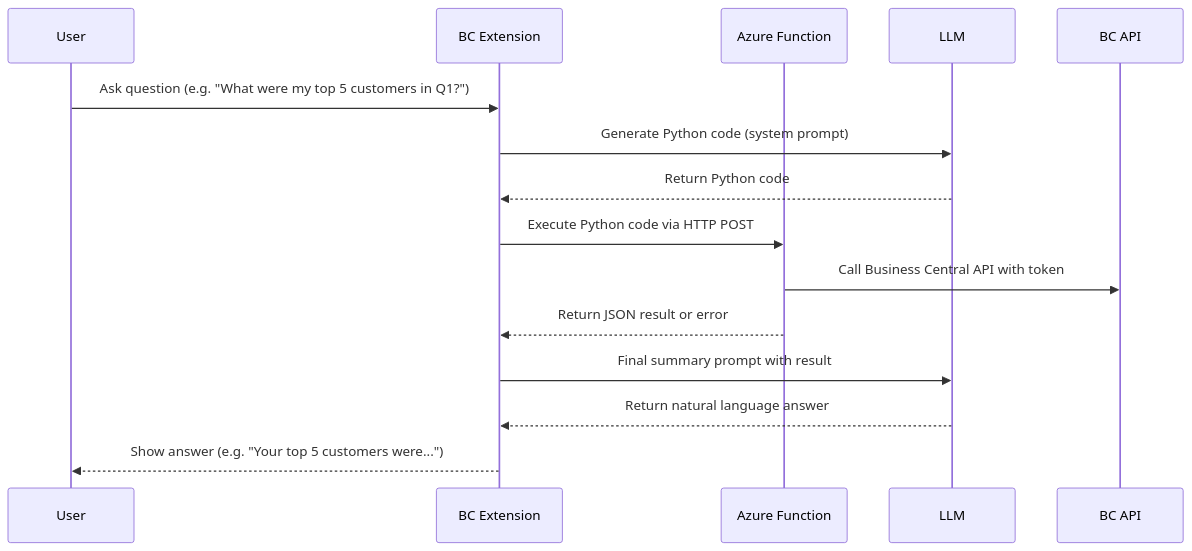
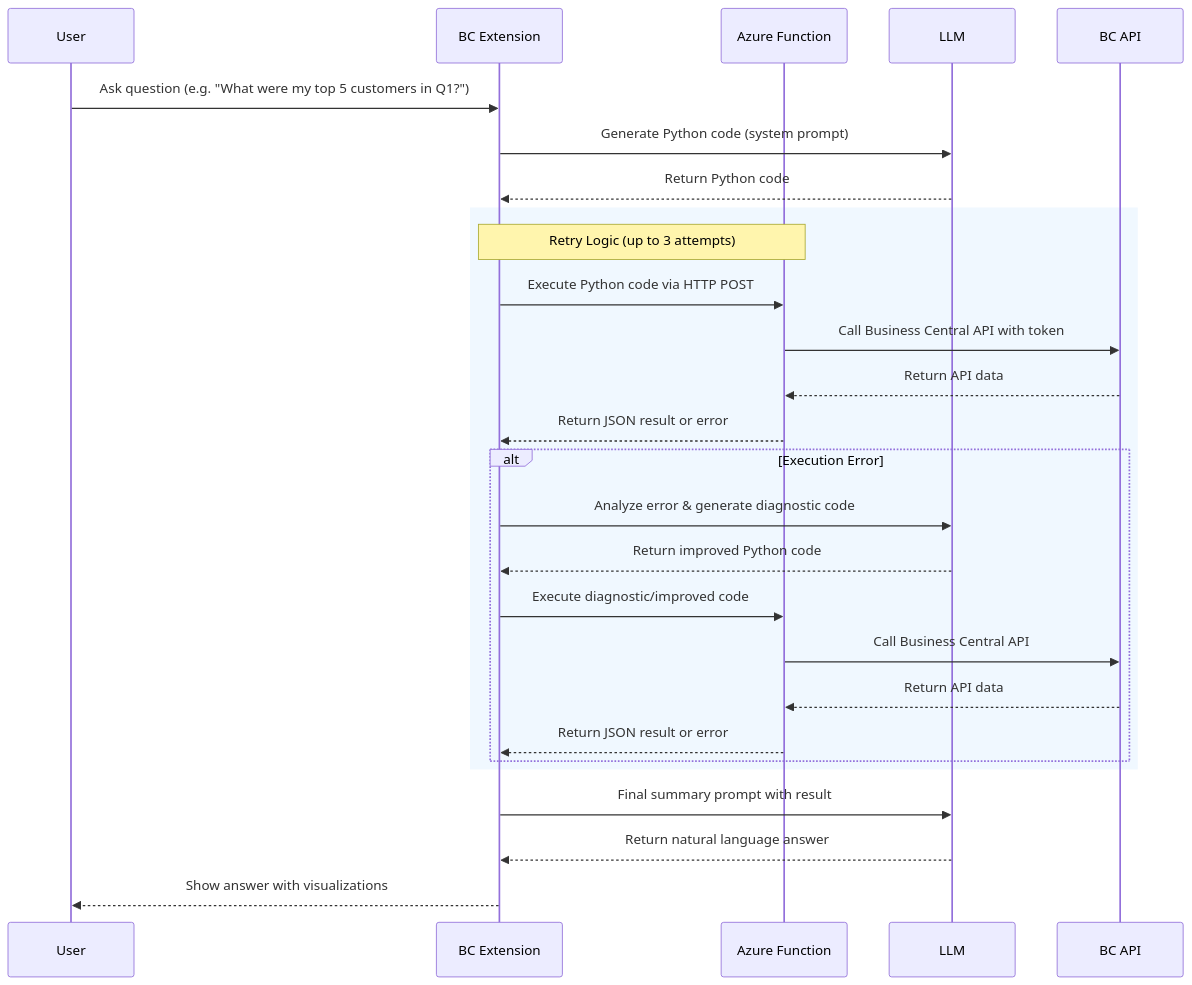
Before and after one commit to DmitryKatson/bc-code-interpreter: the diagram in README.md, drawn with Mermaid. The commit also changed other lines of this file, not shown here.

````diff
--- a/README.md
+++ b/README.md
@@ -23,17 +23,33 @@
 ```mermaid
 sequenceDiagram
     participant User
     participant BC Extension
     participant Azure Function
     participant LLM
+    participant BC API
 
     User->>BC Extension: Ask question (e.g. "What were my top 5 customers in Q1?")
     BC Extension->>LLM: Generate Python code (system prompt)
     LLM-->>BC Extension: Return Python code
+    
+    rect rgb(240, 248, 255)
+    Note over BC Extension,Azure Function: Retry Logic (up to 3 attempts)
     BC Extension->>Azure Function: Execute Python code via HTTP POST
     Azure Function->>BC API: Call Business Central API with token
+    BC API-->>Azure Function: Return API data
     Azure Function-->>BC Extension: Return JSON result or error
+    
+    alt Execution Error
+        BC Extension->>LLM: Analyze error & generate diagnostic code
+        LLM-->>BC Extension: Return improved Python code
+        BC Extension->>Azure Function: Execute diagnostic/improved code
+        Azure Function->>BC API: Call Business Central API
+        BC API-->>Azure Function: Return API data
+        Azure Function-->>BC Extension: Return JSON result or error
+    end
+    end
+    
     BC Extension->>LLM: Final summary prompt with result
     LLM-->>BC Extension: Return natural language answer
-    BC Extension-->>User: Show answer (e.g. "Your top 5 customers were...")
+    BC Extension-->>User: Show answer with visualizations
 ```
````
